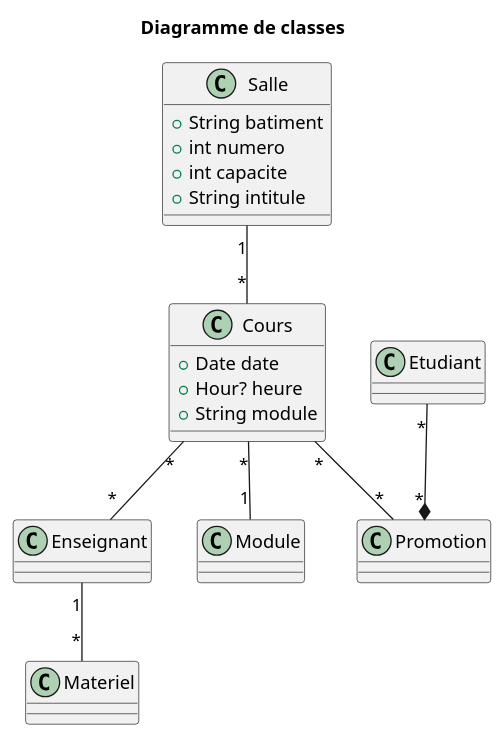
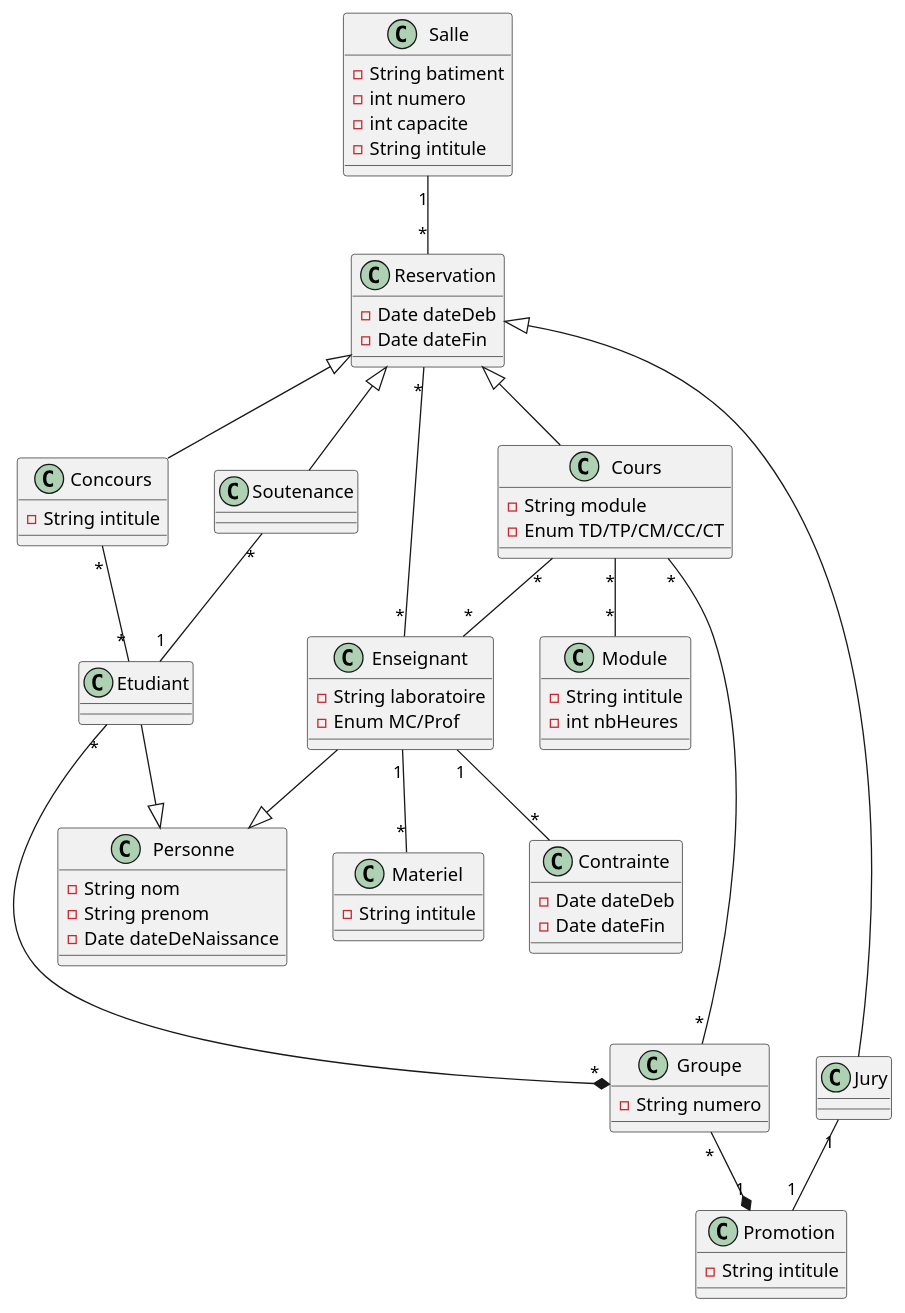
One commit to El-Sashok/UltraPlanning changed the diagram in ClassDiagram.iuml. Above: the diagram before and after it, drawn with PlantUML.

```diff
--- a/ClassDiagram.iuml
+++ b/ClassDiagram.iuml
@@ -1,41 +1,97 @@
 @startuml
 
-title Diagramme de classes
-
-
 class Salle {
-    +String batiment
-    +int numero
-    +int capacite
-    +String intitule
+    -String batiment
+    -int numero
+    -int capacite
+    -String intitule
 }
 
 class Cours {
-    +Date date
-    +Hour? heure
-    +String module
+    -String module
+    -Enum TD/TP/CM/CC/CT
+}
+
+class Personne {
+    -String nom
+    -String prenom
+    -Date dateDeNaissance
+}
+
+class Promotion {
+    -String intitule
+}
+
+class Module {
+    -String intitule
+    -int nbHeures
+}
+
+class Materiel {
+    -String intitule
+}
+
+class Contrainte {
+    -Date dateDeb
+    -Date dateFin
+}
+
+class Groupe {
+    -String numero
 }
 
 class Etudiant
 
-class Enseignant
+class Enseignant {
+    -String laboratoire
+    -Enum MC/Prof
+}
 
-class Promotion
+class Reservation {
+    -Date dateDeb
+    -Date dateFin
+}
 
-class Module
+class Jury
 
-class Materiel
+class Concours {
+    -String intitule
+}
 
-Salle "1" -- "*" Cours
+Salle "1" -- "*" Reservation
 
-Etudiant "*" --* "*" Promotion
+Etudiant "*" --* "*" Groupe
+
+Groupe "*" --* "1" Promotion 
 
 Cours "*" -- "*" Enseignant
 
-Cours "*" -- "*" Promotion
+Cours "*" ---- "*" Groupe
 
-Cours "*" -- "1" Module
+Cours "*" -- "*" Module
 
 Enseignant "1" -- "*" Materiel
 
+Enseignant "1" -- "*" Contrainte
+
+Cours -up-|> Reservation
+
+Soutenance -up-|> Reservation
+
+Jury -up-|> Reservation
+
+Concours -up-|> Reservation
+
+Etudiant --|> Personne
+
+Enseignant --|> Personne
+
+Concours "*" -- "*" Etudiant
+
+Reservation "*" -- "*" Enseignant
+
+Jury "1" -- "1" Promotion
+
+Soutenance "*" -- "1" Etudiant
+
 @enduml
```
